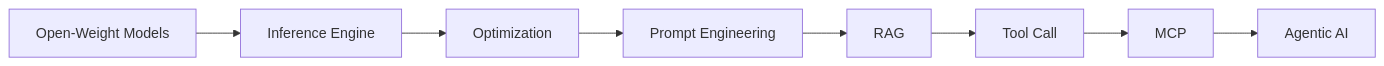
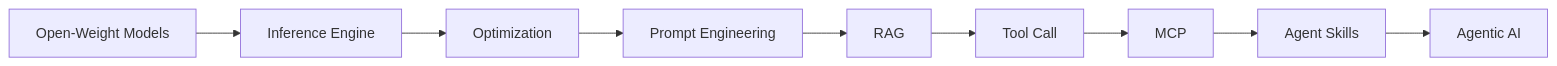
Before and after one commit to simjaecheol/all-about-llm: the second of 5 diagrams in README.md, drawn with Mermaid. The commit also changed other lines of this file and 2 other files, not shown here.

Commit message:
docs: expand agent skills documentation and highlight its importance vs MCP

````diff
--- a/README.md
+++ b/README.md
@@ -29,10 +30,11 @@
 ```mermaid
 flowchart LR
     A[Open-Weight Models] --> B[Inference Engine]
     B --> C[Optimization]
     C --> D[Prompt Engineering]
     D --> E[RAG]
     E --> F[Tool Call]
     F --> G[MCP]
-    G --> H[Agentic AI]
+    G --> H[Agent Skills]
+    H --> I[Agentic AI]
 ```
````
